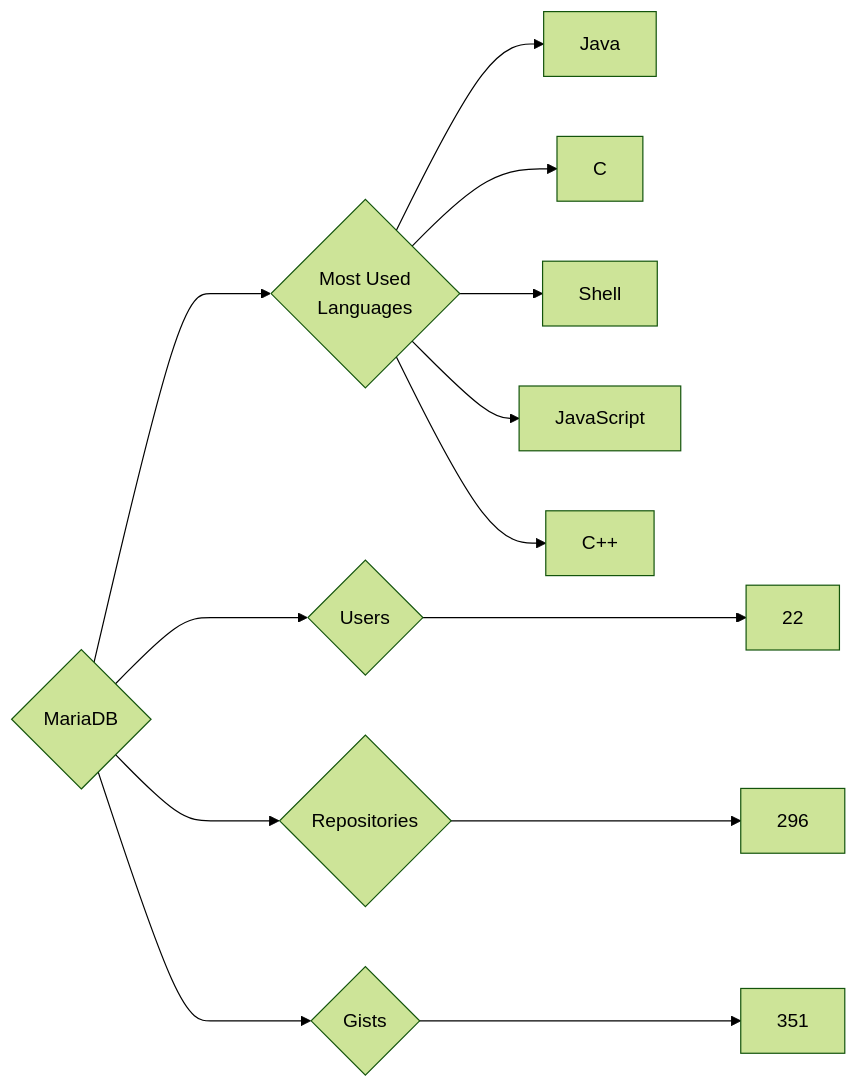
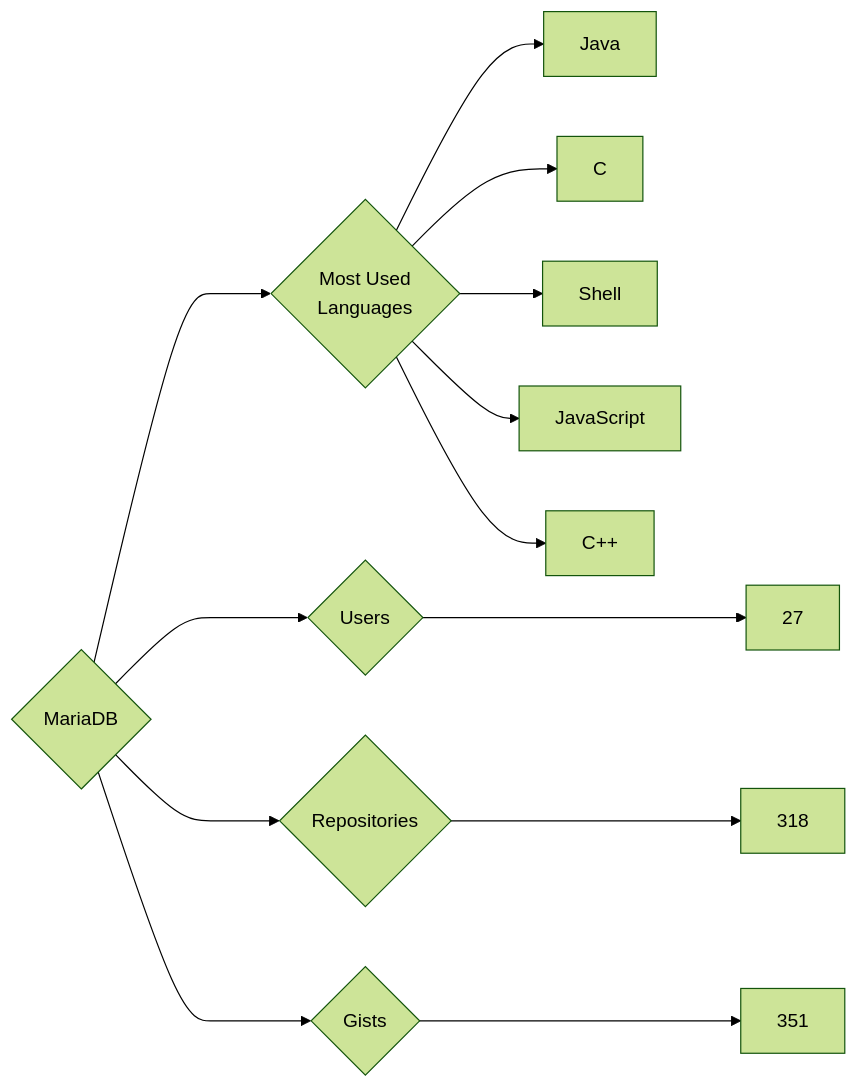
One commit to trickest/insiders changed the diagram in targets/MariaDB/README.md. Above: the diagram before and after it, drawn with Mermaid (forest theme). The commit also changed 912 other files, not shown here.

````diff
--- a/targets/MariaDB/README.md
+++ b/targets/MariaDB/README.md
@@ -3,13 +3,13 @@
 ```mermaid
 graph LR
 COMPANY_NAME{MariaDB}
-COMPANY_NAME ---> U{Users} ---> UN[22]
-COMPANY_NAME ---> R{Repositories} ---> RN[296]
+COMPANY_NAME ---> U{Users} ---> UN[27]
+COMPANY_NAME ---> R{Repositories} ---> RN[318]
 COMPANY_NAME ---> G{Gists} ---> GN[351]
 COMPANY_NAME ---> ML{Most Used<br>Languages}
 ML --> Java[Java]
 ML --> C[C]
 ML --> Shell[Shell]
 ML --> JavaScript[JavaScript]
 ML --> C++[C++]
 ```
````
